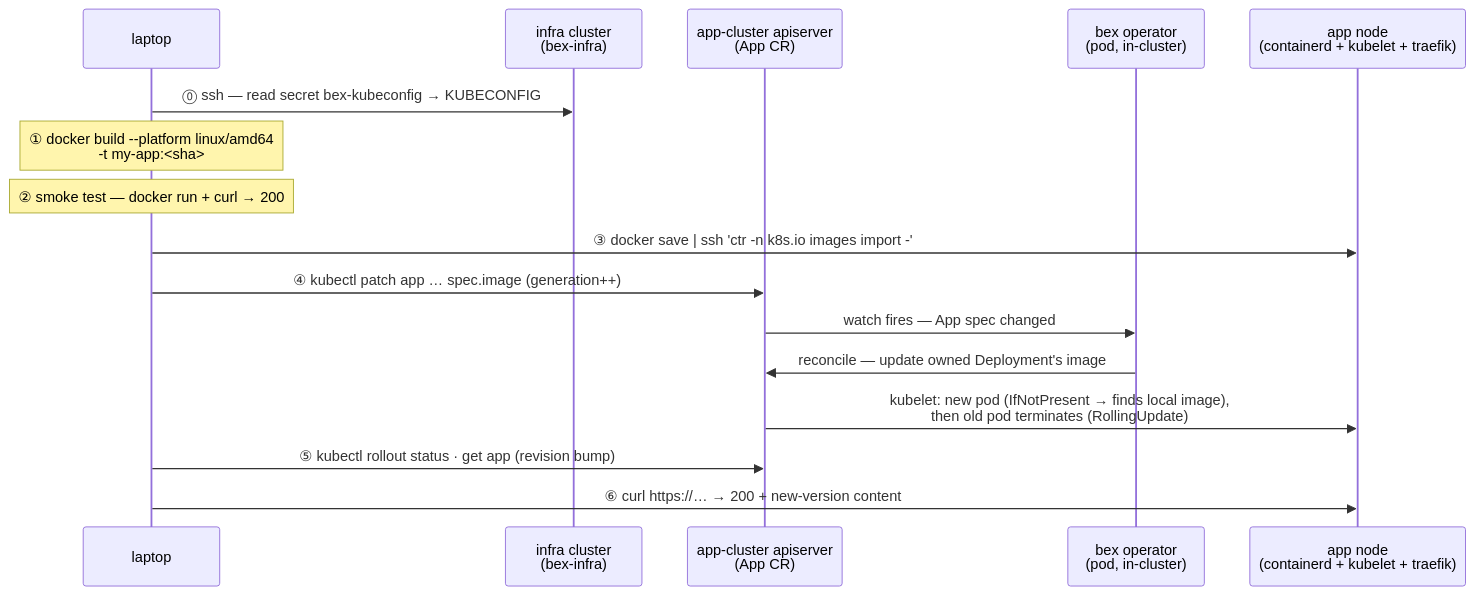
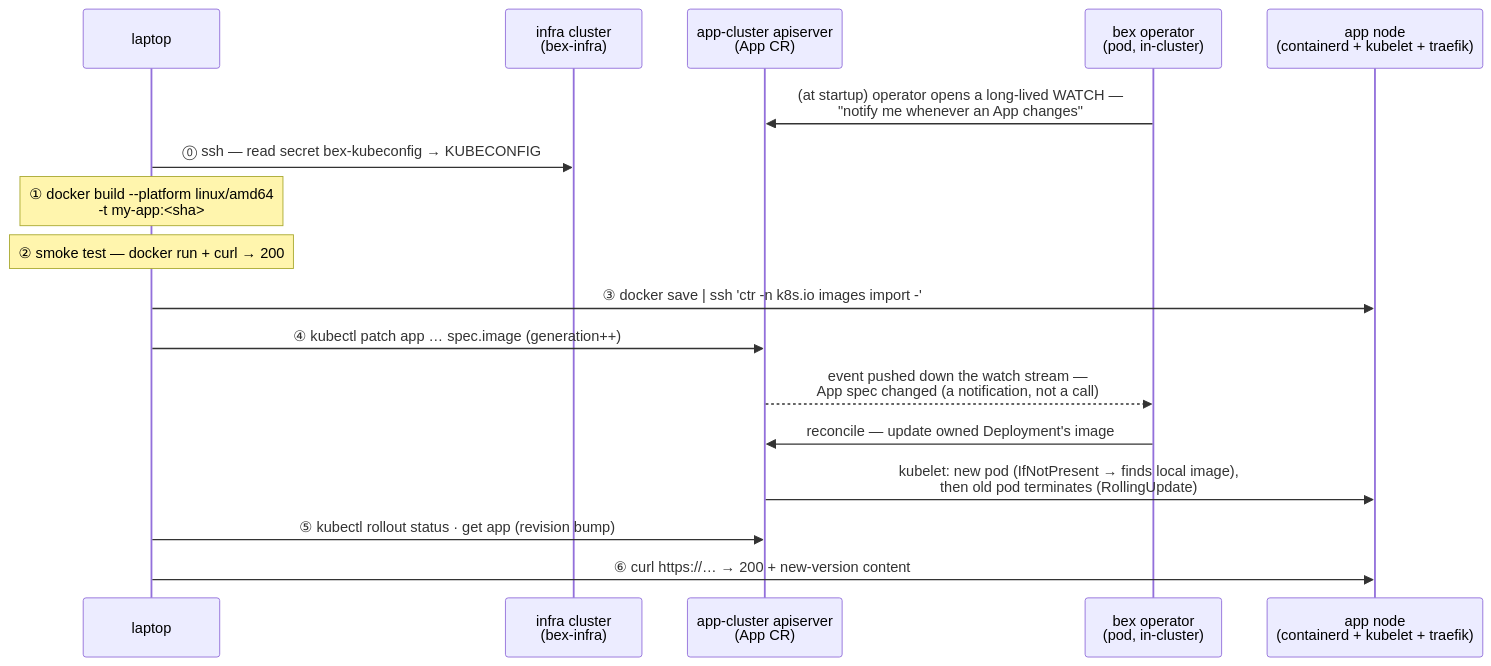
The diagram in docs/deployment.md (cuckoo-network/cuckoo), drawn with Mermaid before and after one commit. The commit also changed 26 other files, not shown here.

````diff
--- a/docs/deployment.md
+++ b/docs/deployment.md
@@ -15,19 +15,20 @@
 ```mermaid
 sequenceDiagram
   participant L as laptop
   participant I as infra cluster<br/>(bex-infra)
   participant A as app-cluster apiserver<br/>(App CR)
   participant O as bex operator<br/>(pod, in-cluster)
   participant N as app node<br/>(containerd + kubelet + traefik)
 
+  O->>A: (at startup) operator opens a long-lived WATCH —<br/>"notify me whenever an App changes"
   L->>I: ⓪ ssh — read secret bex-kubeconfig → KUBECONFIG
   Note over L: ① docker build --platform linux/amd64<br/>-t my-app:#lt;sha#gt;
   Note over L: ② smoke test — docker run + curl → 200
   L->>N: ③ docker save | ssh 'ctr -n k8s.io images import -'
   L->>A: ④ kubectl patch app … spec.image (generation++)
-  A->>O: watch fires — App spec changed
+  A-->>O: event pushed down the watch stream —<br/>App spec changed (a notification, not a call)
   O->>A: reconcile — update owned Deployment's image
   A->>N: kubelet: new pod (IfNotPresent → finds local image),<br/>then old pod terminates (RollingUpdate)
   L->>A: ⑤ kubectl rollout status · get app (revision bump)
   L->>N: ⑥ curl https://… → 200 + new-version content
 ```
````
